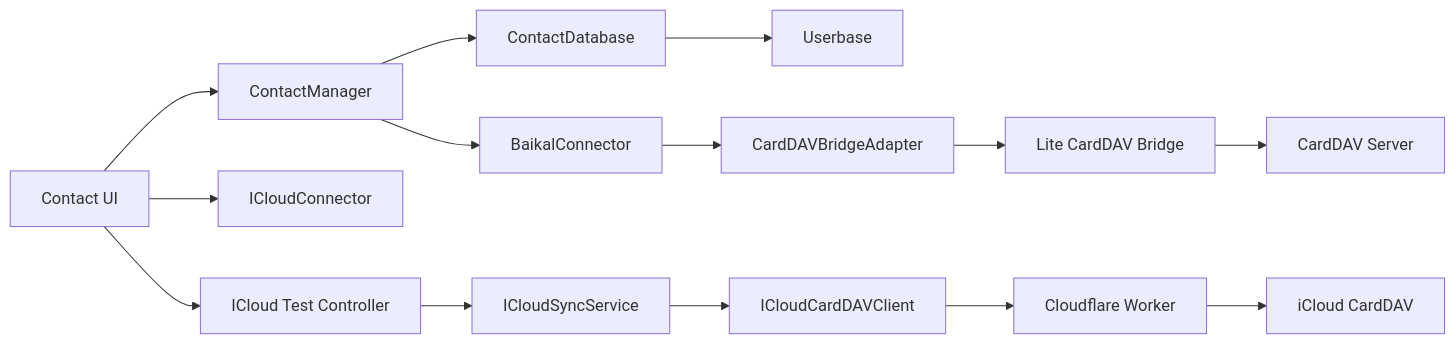
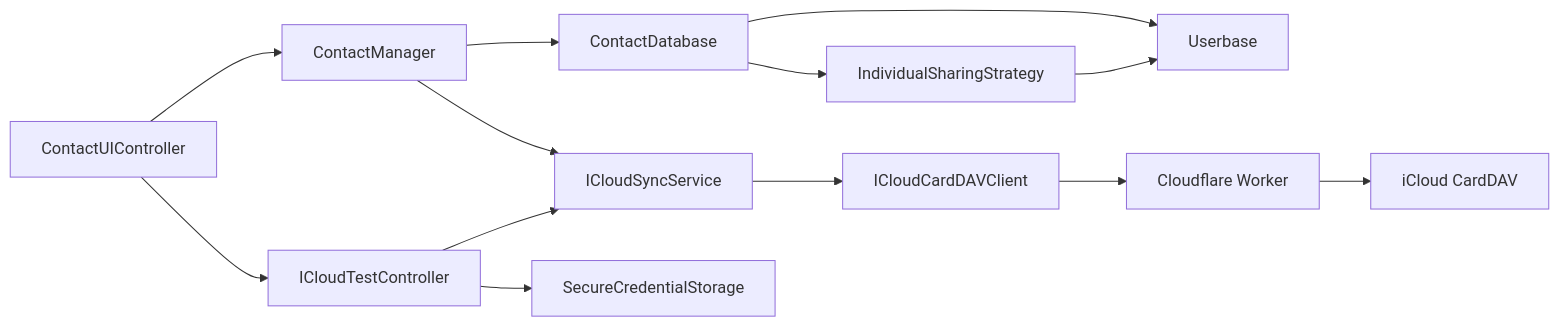
The diagram in FEATURE_CLEANUP_AND_REVIEW.md (tompatulpan/Contact-Manager), drawn with Mermaid before and after one commit. The commit also changed other lines of this file and 40 other files, not shown here.

First line of the commit message:
Refactor sync statistics documentation, remove unused CardDAV styles, and enhance test utilities

````diff
--- a/FEATURE_CLEANUP_AND_REVIEW.md
+++ b/FEATURE_CLEANUP_AND_REVIEW.md
@@ -46,18 +34,16 @@
 ```mermaid
 flowchart LR
-    UI[Contact UI] --> CM[ContactManager]
+    UI[ContactUIController] --> CM[ContactManager]
     CM --> DB[ContactDatabase]
     DB --> UB[Userbase]
+    DB --> IS[IndividualSharingStrategy]
+    IS --> UB
 
-    CM --> BS[BaikalConnector]
-    BS --> BA[CardDAVBridgeAdapter]
-    BA --> LB[Lite CardDAV Bridge]
-    LB --> DAV[CardDAV Server]
-
-    UI --> ICI[ICloudConnector]
-    UI --> ITS[ICloud Test Controller]
-    ITS --> ISS[ICloudSyncService]
+    UI --> ITC[ICloudTestController]
+    ITC --> ISS[ICloudSyncService]
+    CM --> ISS
     ISS --> ICC[ICloudCardDAVClient]
     ICC --> CW[Cloudflare Worker]
     CW --> IC[iCloud CardDAV]
+    ITC --> CS[SecureCredentialStorage]
 ```
````
